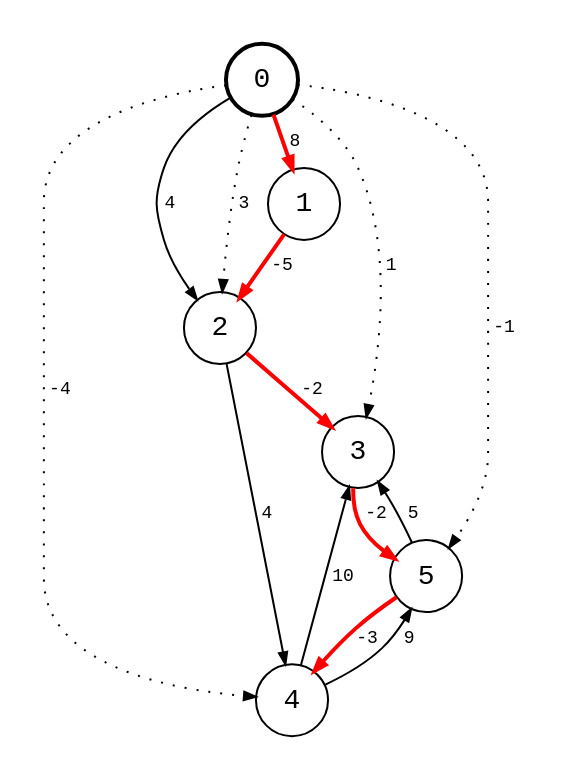
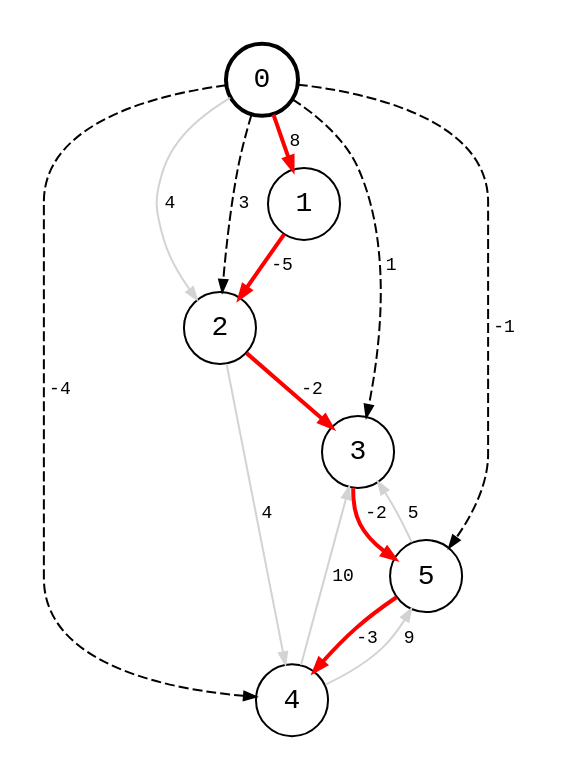
Before and after one commit to bsdrks/graaf-images: the diagram in src/bellman_ford_moore_1.dot, drawn with Graphviz. The commit also changed 7 other files, not shown here.

```diff
--- a/src/bellman_ford_moore_1.dot
+++ b/src/bellman_ford_moore_1.dot
@@ -1,25 +1,25 @@
 digraph {
     node [shape=circle, fontname="monospace"];
     edge [arrowsize=0.6, fontname="monospace", fontsize=9];
     layout=dot;
     pad=0.2;
     ranksep=0.2;
 
     0 [style=bold];
 
     0 -> 1 [label=" 8", color=red, style=bold];
-    0 -> 2 [label="4"];
+    0 -> 2 [label="4", color=lightgray];
     1 -> 2 [label=" -5", color=red, style=bold];
     2 -> 3 [label=" -2", color=red, style=bold];
-    2 -> 4 [label=" 4"];
+    2 -> 4 [label=" 4", color=lightgray];
     3 -> 5 [label=" -2", color=red, style=bold];
-    4 -> 3 [label="10"];
-    4 -> 5 [label=" 9"];
-    5 -> 3 [label=" 5"];
+    4 -> 3 [label="10", color=lightgray];
+    4 -> 5 [label=" 9", color=lightgray];
+    5 -> 3 [label=" 5", color=lightgray];
     5 -> 4 [label="-3", color=red, style=bold];
 
-    0 -> 2 [label="3", style=dotted];
-    0 -> 3 [label=" 1", style=dotted];
-    0 -> 4 [label=" -4", style=dotted];
-    0 -> 5 [label=" -1", style=dotted];
+    0 -> 2 [label="3", style=dashed];
+    0 -> 3 [label=" 1", style=dashed];
+    0 -> 4 [label=" -4", style=dashed];
+    0 -> 5 [label=" -1", style=dashed];
 }
```
